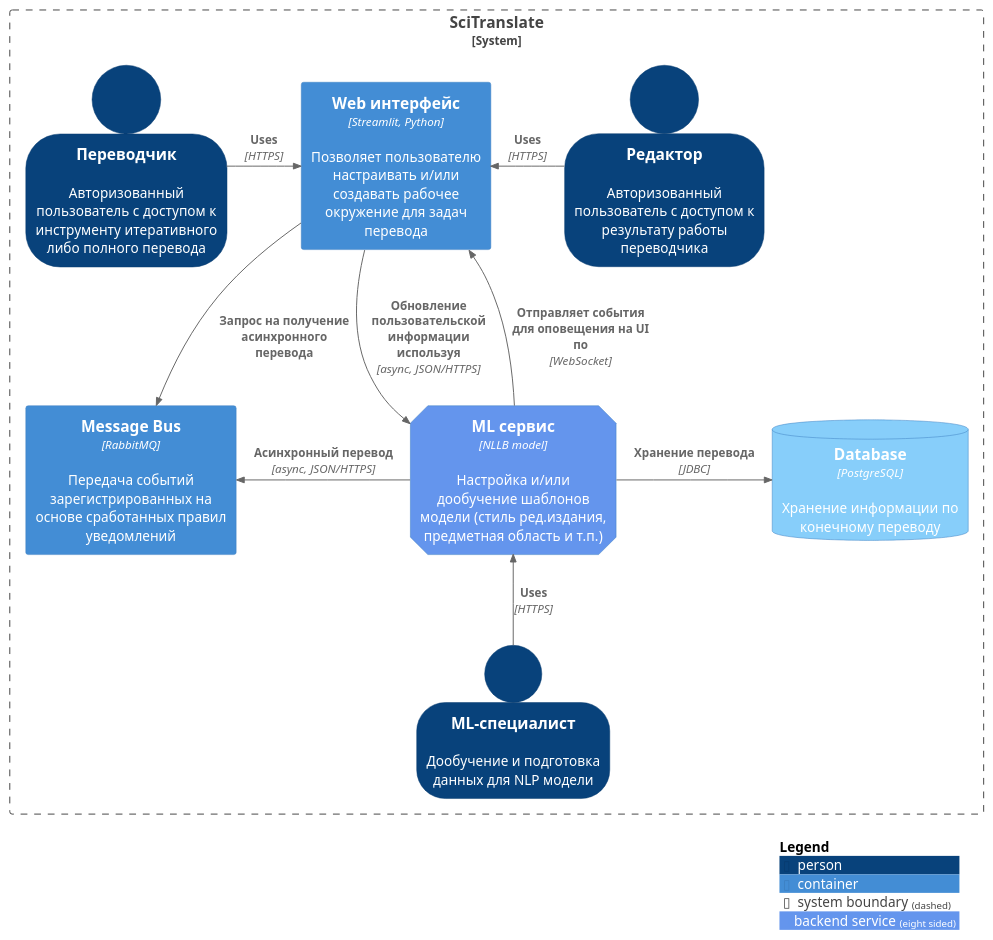
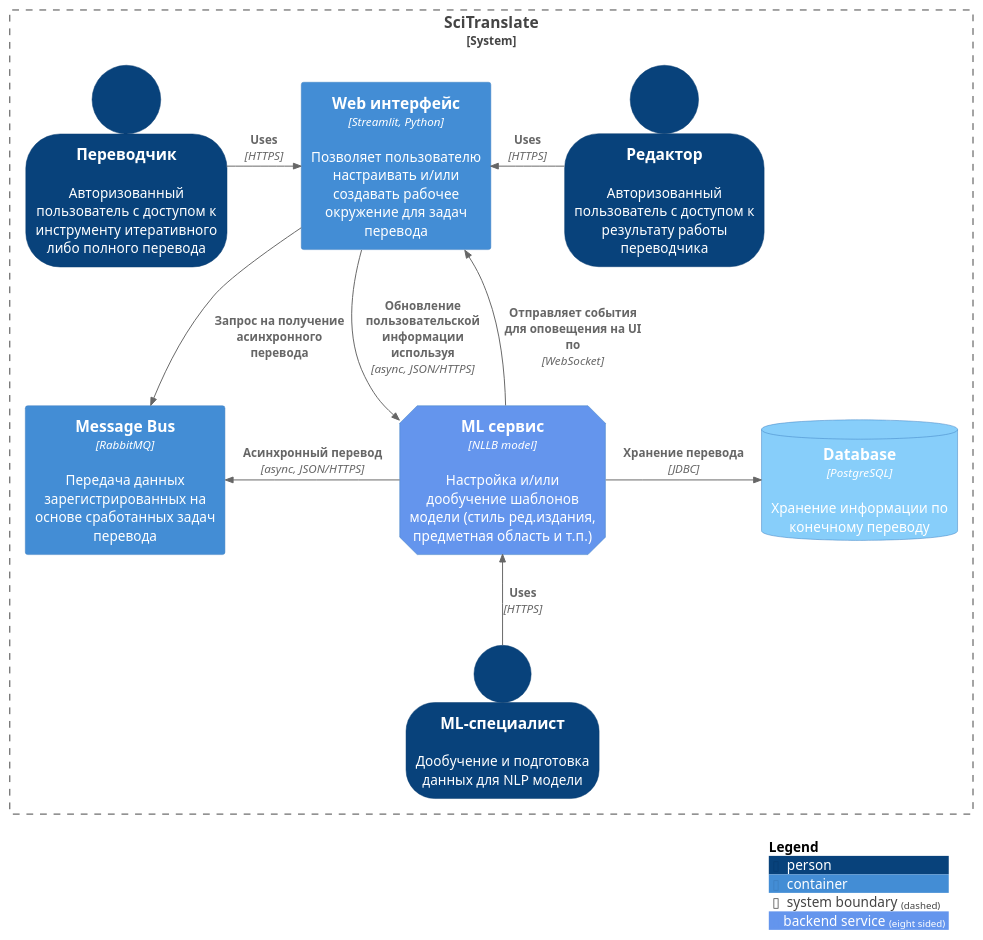
One commit to Ekaterina-Sinkova/SciTranslate changed the diagram in designdoc/UML/C4-Container-SciTranslate.puml. Above: the diagram before and after it, drawn with PlantUML. The commit also changed 1 other file, not shown here.

Commit message:
designdoc: update Container diagram (C4)

```diff
--- a/designdoc/UML/C4-Container-SciTranslate.puml
+++ b/designdoc/UML/C4-Container-SciTranslate.puml
@@ -1,36 +1,36 @@
 @startuml
 !include https://raw.githubusercontent.com/plantuml-stdlib/C4-PlantUML/master/C4_Context.puml
 !include https://raw.githubusercontent.com/plantuml-stdlib/C4-PlantUML/master/C4_Container.puml
 
 SHOW_PERSON_OUTLINE()
 AddElementTag("BackendService", $shape=EightSidedShape(), $bgColor="CornflowerBlue", $fontColor="white", $legendText="backend service\neight sided")
 AddElementTag("Storage", $shape=RoundedBoxShape(), $bgColor="lightSkyBlue", $fontColor="white")
 
 System_Boundary(c2, "SciTranslate") {
     Container(webUI, "Web интерфейс", "Streamlit, Python", "Позволяет пользователю настраивать и/или создавать рабочее окружение для задач перевода")
     Container(nllbmodel, "ML сервис", "NLLB model", "Настройка и/или дообучение шаблонов модели (стиль ред.издания, предметная область и т.п.)", $tags = "BackendService")
-    Container(messagebus, "Message Bus", "RabbitMQ", "Передача событий зарегистрированных на основе сработанных правил уведомлений")
+    Container(messagebus, "Message Bus", "RabbitMQ", "Передача данных зарегистрированных на основе сработанных задач перевода")
     Person(translator, "Переводчик", "Авторизованный пользователь с доступом к инструменту итеративного либо полного перевода")
     Person(editortranslator, "Редактор", "Авторизованный пользователь с доступом к результату работы переводчика")
     Person(datascientist, "ML-специалист", "Дообучение и подготовка данных для NLP модели")
     ContainerDb(customer_db, "Database", "PostgreSQL", "Хранение информации по конечному переводу", $tags = "storage")
 }
 
 
 Rel_R(translator, webUI, "Uses", "HTTPS")
 Rel_L(editortranslator, webUI, "Uses", "HTTPS")
 Rel_U(datascientist, nllbmodel, "Uses", "HTTPS")
 
 
 Rel_D(nllbmodel, webUI, "Отправляет события для оповещения на UI по", "WebSocket")
 Rel_D(webUI, nllbmodel, "Обновление пользовательской информации используя", "async, JSON/HTTPS")
 
 
 Rel_L(nllbmodel, messagebus, "Асинхронный перевод", "async, JSON/HTTPS")
 Rel_R(nllbmodel, customer_db, "Хранение перевода", "JDBC")
 
 Rel_D(webUI, messagebus, "Запрос на получение асинхронного перевода")
 
 
 SHOW_LEGEND()
 @enduml
```
